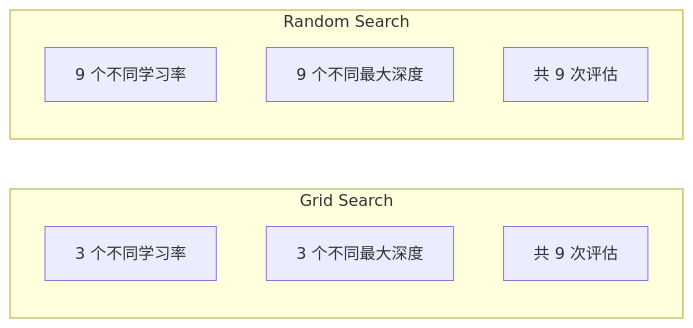
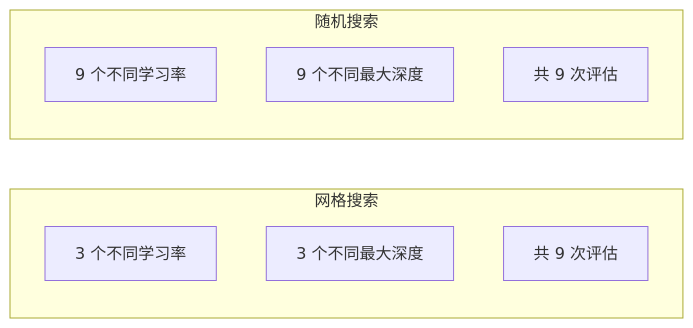
Before and after one commit to huangyue12120/Learning-Atlas: the first of 4 diagrams in content/translations/practice/02-ml-fundamentals/12-hyperparameter-tuning/zh.md, drawn with Mermaid. The commit also changed other lines of this file and 718 other files, not shown here.

````diff
--- a/content/translations/practice/02-ml-fundamentals/12-hyperparameter-tuning/zh.md
+++ b/content/translations/practice/02-ml-fundamentals/12-hyperparameter-tuning/zh.md
@@ -72,14 +72,14 @@
 ```mermaid
 flowchart LR
-    subgraph Grid Search
+    subgraph 网格搜索
         G1[3 个不同学习率]
         G2[3 个不同最大深度]
         G3[共 9 次评估]
     end
 
-    subgraph Random Search
+    subgraph 随机搜索
         R1[9 个不同学习率]
         R2[9 个不同最大深度]
         R3[共 9 次评估]
     end
 ```
````
